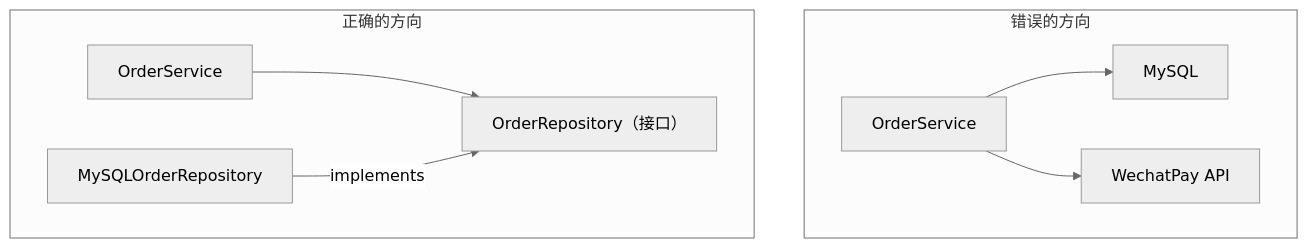
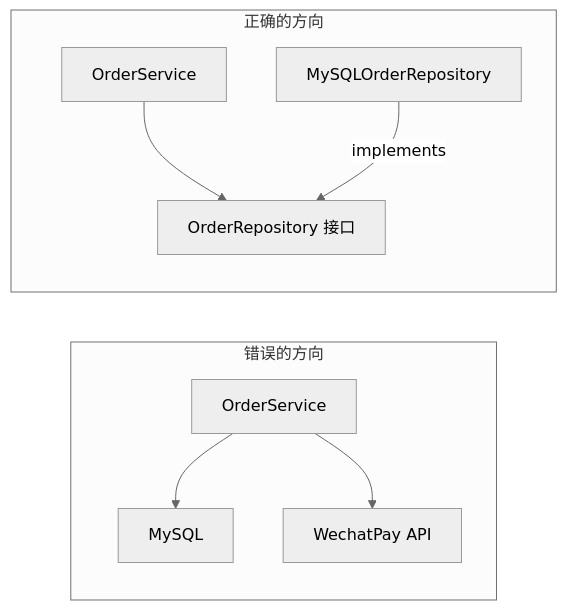
Before and after one commit to hub138/technical-knowledge: the first of 3 diagrams in vault/工程知识/软件构建：让变化可以理解、验证与交付/架构与代码/分层与依赖方向决定可测试性和演进成本.md, drawn with Mermaid (neutral theme). The commit also changed other lines of this file and 622 other files, not shown here.

````diff
--- a/vault/工程知识/软件构建：让变化可以理解、验证与交付/架构与代码/分层与依赖方向决定可测试性和演进成本.md
+++ b/vault/工程知识/软件构建：让变化可以理解、验证与交付/架构与代码/分层与依赖方向决定可测试性和演进成本.md
@@ -35,11 +53,11 @@
 ```mermaid
-flowchart TB
+flowchart LR
     subgraph wrong["错误的方向"]
         os1["OrderService"] --> my["MySQL"]
         os1 --> wx["WechatPay API"]
     end
     subgraph right["正确的方向"]
-        os2["OrderService"] --> repo["OrderRepository（接口）"]
+        os2["OrderService"] --> repo["OrderRepository 接口"]
         impl["MySQLOrderRepository"] -->|implements| repo
     end
 ```
````
